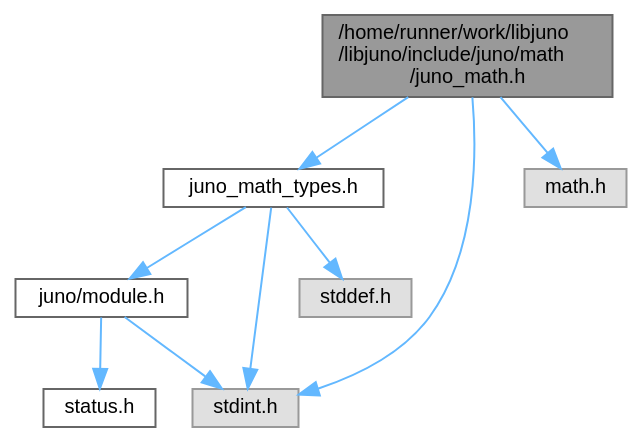
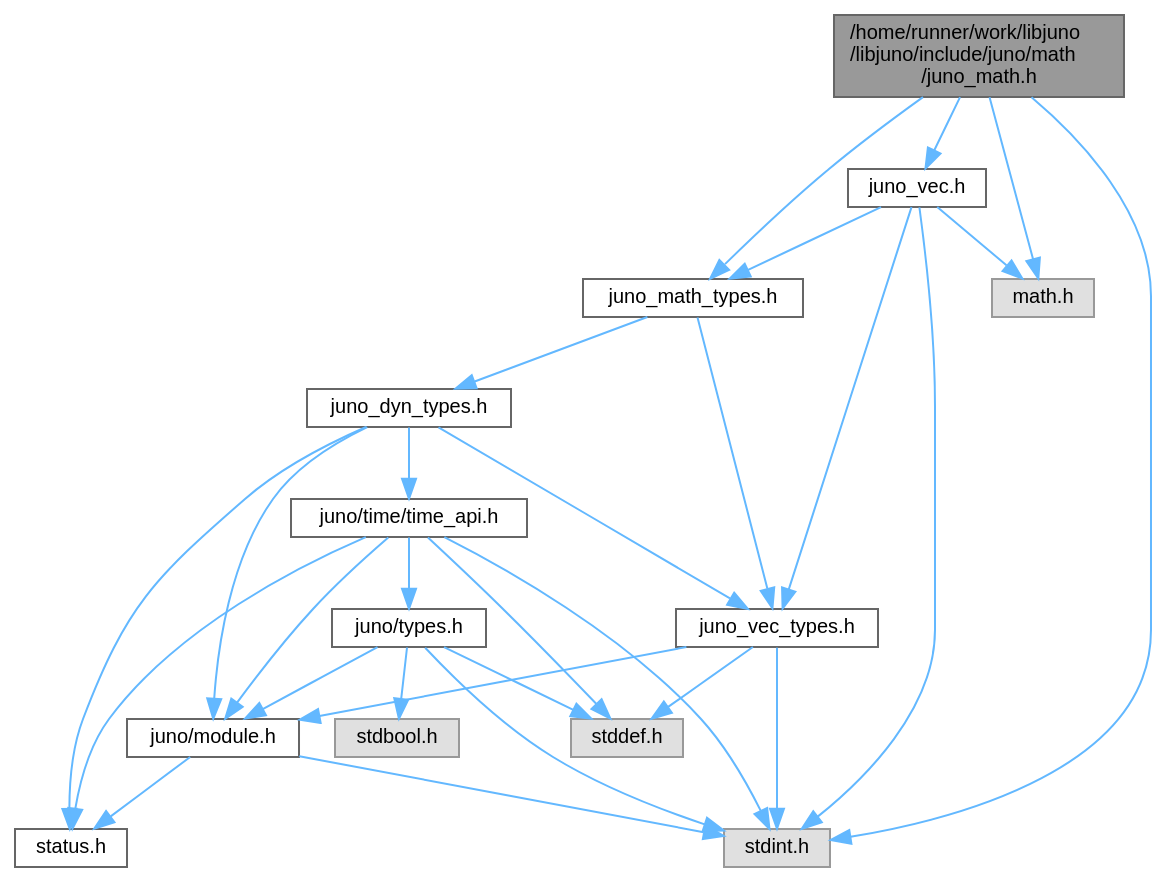
The diagram in juno__math_8h__incl.dot (robinonsay/libjuno), drawn with Graphviz before and after one commit. The commit also changed 154 other files, not shown here.

```diff
--- a/juno__math_8h__incl.dot
+++ b/juno__math_8h__incl.dot
@@ -1,22 +1,48 @@
 digraph "/home/runner/work/libjuno/libjuno/include/juno/math/juno_math.h"
 {
  // LATEX_PDF_SIZE
   bgcolor="transparent";
   edge [fontname=Helvetica,fontsize=10,labelfontname=Helvetica,labelfontsize=10];
   node [fontname=Helvetica,fontsize=10,shape=box,height=0.2,width=0.4];
   Node1 [id="Node000001",label="/home/runner/work/libjuno\l/libjuno/include/juno/math\l/juno_math.h",height=0.2,width=0.4,color="gray40", fillcolor="grey60", style="filled", fontcolor="black",tooltip=" "];
   Node1 -> Node2 [id="edge1_Node000001_Node000002",color="steelblue1",style="solid",tooltip=" "];
   Node2 [id="Node000002",label="juno_math_types.h",height=0.2,width=0.4,color="grey40", fillcolor="white", style="filled",URL="$juno__math__types_8h.html",tooltip=" "];
   Node2 -> Node3 [id="edge2_Node000002_Node000003",color="steelblue1",style="solid",tooltip=" "];
-  Node3 [id="Node000003",label="juno/module.h",height=0.2,width=0.4,color="grey40", fillcolor="white", style="filled",URL="$module_8h.html",tooltip=" "];
+  Node3 [id="Node000003",label="juno_vec_types.h",height=0.2,width=0.4,color="grey40", fillcolor="white", style="filled",URL="$juno__vec__types_8h.html",tooltip=" "];
   Node3 -> Node4 [id="edge3_Node000003_Node000004",color="steelblue1",style="solid",tooltip=" "];
-  Node4 [id="Node000004",label="status.h",height=0.2,width=0.4,color="grey40", fillcolor="white", style="filled",URL="$status_8h.html",tooltip=" "];
-  Node3 -> Node5 [id="edge4_Node000003_Node000005",color="steelblue1",style="solid",tooltip=" "];
-  Node5 [id="Node000005",label="stdint.h",height=0.2,width=0.4,color="grey60", fillcolor="#E0E0E0", style="filled",tooltip=" "];
-  Node2 -> Node6 [id="edge5_Node000002_Node000006",color="steelblue1",style="solid",tooltip=" "];
-  Node6 [id="Node000006",label="stddef.h",height=0.2,width=0.4,color="grey60", fillcolor="#E0E0E0", style="filled",tooltip=" "];
-  Node2 -> Node5 [id="edge6_Node000002_Node000005",color="steelblue1",style="solid",tooltip=" "];
-  Node1 -> Node5 [id="edge7_Node000001_Node000005",color="steelblue1",style="solid",tooltip=" "];
-  Node1 -> Node7 [id="edge8_Node000001_Node000007",color="steelblue1",style="solid",tooltip=" "];
-  Node7 [id="Node000007",label="math.h",height=0.2,width=0.4,color="grey60", fillcolor="#E0E0E0", style="filled",tooltip=" "];
+  Node4 [id="Node000004",label="juno/module.h",height=0.2,width=0.4,color="grey40", fillcolor="white", style="filled",URL="$module_8h.html",tooltip=" "];
+  Node4 -> Node5 [id="edge4_Node000004_Node000005",color="steelblue1",style="solid",tooltip=" "];
+  Node5 [id="Node000005",label="status.h",height=0.2,width=0.4,color="grey40", fillcolor="white", style="filled",URL="$status_8h.html",tooltip=" "];
+  Node4 -> Node6 [id="edge5_Node000004_Node000006",color="steelblue1",style="solid",tooltip=" "];
+  Node6 [id="Node000006",label="stdint.h",height=0.2,width=0.4,color="grey60", fillcolor="#E0E0E0", style="filled",tooltip=" "];
+  Node3 -> Node7 [id="edge6_Node000003_Node000007",color="steelblue1",style="solid",tooltip=" "];
+  Node7 [id="Node000007",label="stddef.h",height=0.2,width=0.4,color="grey60", fillcolor="#E0E0E0", style="filled",tooltip=" "];
+  Node3 -> Node6 [id="edge7_Node000003_Node000006",color="steelblue1",style="solid",tooltip=" "];
+  Node2 -> Node8 [id="edge8_Node000002_Node000008",color="steelblue1",style="solid",tooltip=" "];
+  Node8 [id="Node000008",label="juno_dyn_types.h",height=0.2,width=0.4,color="grey40", fillcolor="white", style="filled",URL="$juno__dyn__types_8h.html",tooltip=" "];
+  Node8 -> Node4 [id="edge9_Node000008_Node000004",color="steelblue1",style="solid",tooltip=" "];
+  Node8 -> Node5 [id="edge10_Node000008_Node000005",color="steelblue1",style="solid",tooltip=" "];
+  Node8 -> Node9 [id="edge11_Node000008_Node000009",color="steelblue1",style="solid",tooltip=" "];
+  Node9 [id="Node000009",label="juno/time/time_api.h",height=0.2,width=0.4,color="grey40", fillcolor="white", style="filled",URL="$time__api_8h.html",tooltip=" "];
+  Node9 -> Node5 [id="edge12_Node000009_Node000005",color="steelblue1",style="solid",tooltip=" "];
+  Node9 -> Node4 [id="edge13_Node000009_Node000004",color="steelblue1",style="solid",tooltip=" "];
+  Node9 -> Node10 [id="edge14_Node000009_Node000010",color="steelblue1",style="solid",tooltip=" "];
+  Node10 [id="Node000010",label="juno/types.h",height=0.2,width=0.4,color="grey40", fillcolor="white", style="filled",URL="$types_8h.html",tooltip=" "];
+  Node10 -> Node4 [id="edge15_Node000010_Node000004",color="steelblue1",style="solid",tooltip=" "];
+  Node10 -> Node11 [id="edge16_Node000010_Node000011",color="steelblue1",style="solid",tooltip=" "];
+  Node11 [id="Node000011",label="stdbool.h",height=0.2,width=0.4,color="grey60", fillcolor="#E0E0E0", style="filled",tooltip=" "];
+  Node10 -> Node7 [id="edge17_Node000010_Node000007",color="steelblue1",style="solid",tooltip=" "];
+  Node10 -> Node6 [id="edge18_Node000010_Node000006",color="steelblue1",style="solid",tooltip=" "];
+  Node9 -> Node7 [id="edge19_Node000009_Node000007",color="steelblue1",style="solid",tooltip=" "];
+  Node9 -> Node6 [id="edge20_Node000009_Node000006",color="steelblue1",style="solid",tooltip=" "];
+  Node8 -> Node3 [id="edge21_Node000008_Node000003",color="steelblue1",style="solid",tooltip=" "];
+  Node1 -> Node12 [id="edge22_Node000001_Node000012",color="steelblue1",style="solid",tooltip=" "];
+  Node12 [id="Node000012",label="juno_vec.h",height=0.2,width=0.4,color="grey40", fillcolor="white", style="filled",URL="$juno__vec_8h.html",tooltip=" "];
+  Node12 -> Node3 [id="edge23_Node000012_Node000003",color="steelblue1",style="solid",tooltip=" "];
+  Node12 -> Node2 [id="edge24_Node000012_Node000002",color="steelblue1",style="solid",tooltip=" "];
+  Node12 -> Node6 [id="edge25_Node000012_Node000006",color="steelblue1",style="solid",tooltip=" "];
+  Node12 -> Node13 [id="edge26_Node000012_Node000013",color="steelblue1",style="solid",tooltip=" "];
+  Node13 [id="Node000013",label="math.h",height=0.2,width=0.4,color="grey60", fillcolor="#E0E0E0", style="filled",tooltip=" "];
+  Node1 -> Node6 [id="edge27_Node000001_Node000006",color="steelblue1",style="solid",tooltip=" "];
+  Node1 -> Node13 [id="edge28_Node000001_Node000013",color="steelblue1",style="solid",tooltip=" "];
 }
```
